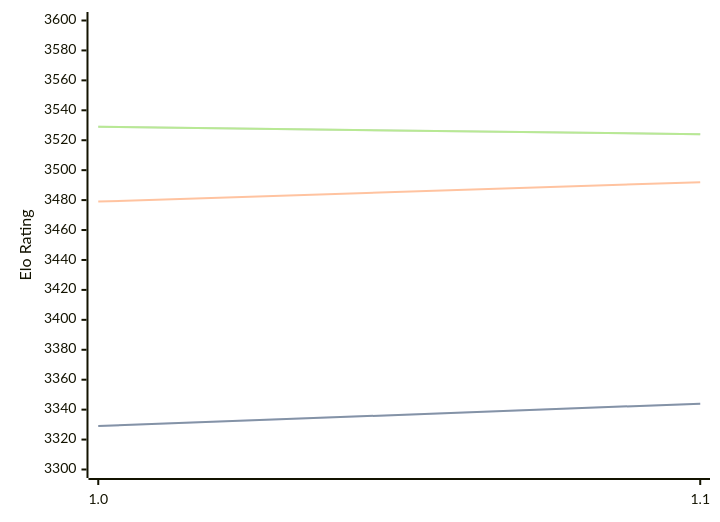
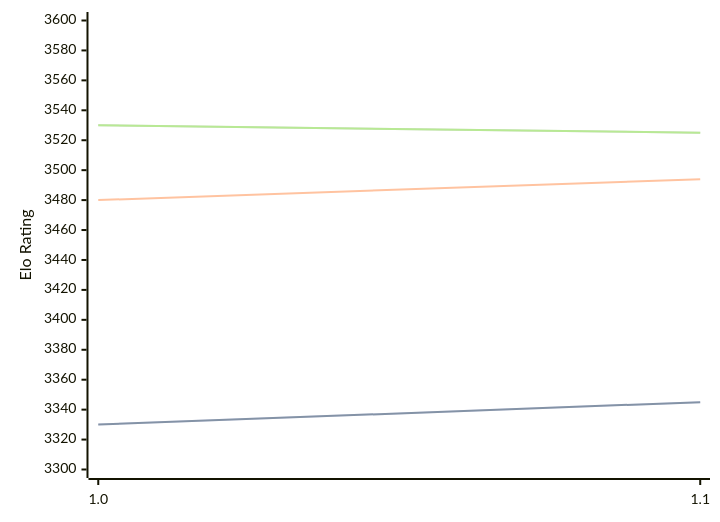
Before and after one commit to computer-chess-index/cci: the diagram in engines/Horsie.md, drawn with Mermaid. The commit also changed other lines of this file, not shown here.

Commit message:
Update CCI Ratings (ELO VLTC) - 2026-08-19

````diff
--- a/engines/Horsie.md
+++ b/engines/Horsie.md
@@ -32,11 +32,11 @@
 ```mermaid
 %%{init: {"theme":"base","themeVariables":{"seriesColors:['#a3a3a3','#222221','#faa371']}}}%%
 xychart-beta
   x-axis ["1.0", "1.1"]
   y-axis "Elo Rating" 3300 --> 3600
-  line "STC (8.0+0.08s)" [3329, 3344]
-  line "STC (8.0+0.08s)" [3329, 3344]
-  line "LTC (60.0+0.60s)" [3479, 3492]
-  line "VLTC (2m24s+1.12s)" [3529, 3524]
-  line "VLTC (2m24s+1.12s)" [3529, 3524]
+  line "STC (8.0+0.08s)" [3330, 3345]
+  line "STC (8.0+0.08s)" [3330, 3345]
+  line "LTC (60.0+0.60s)" [3480, 3494]
+  line "VLTC (2m24s+1.12s)" [3530, 3525]
+  line "VLTC (2m24s+1.12s)" [3530, 3525]
 ```
````
